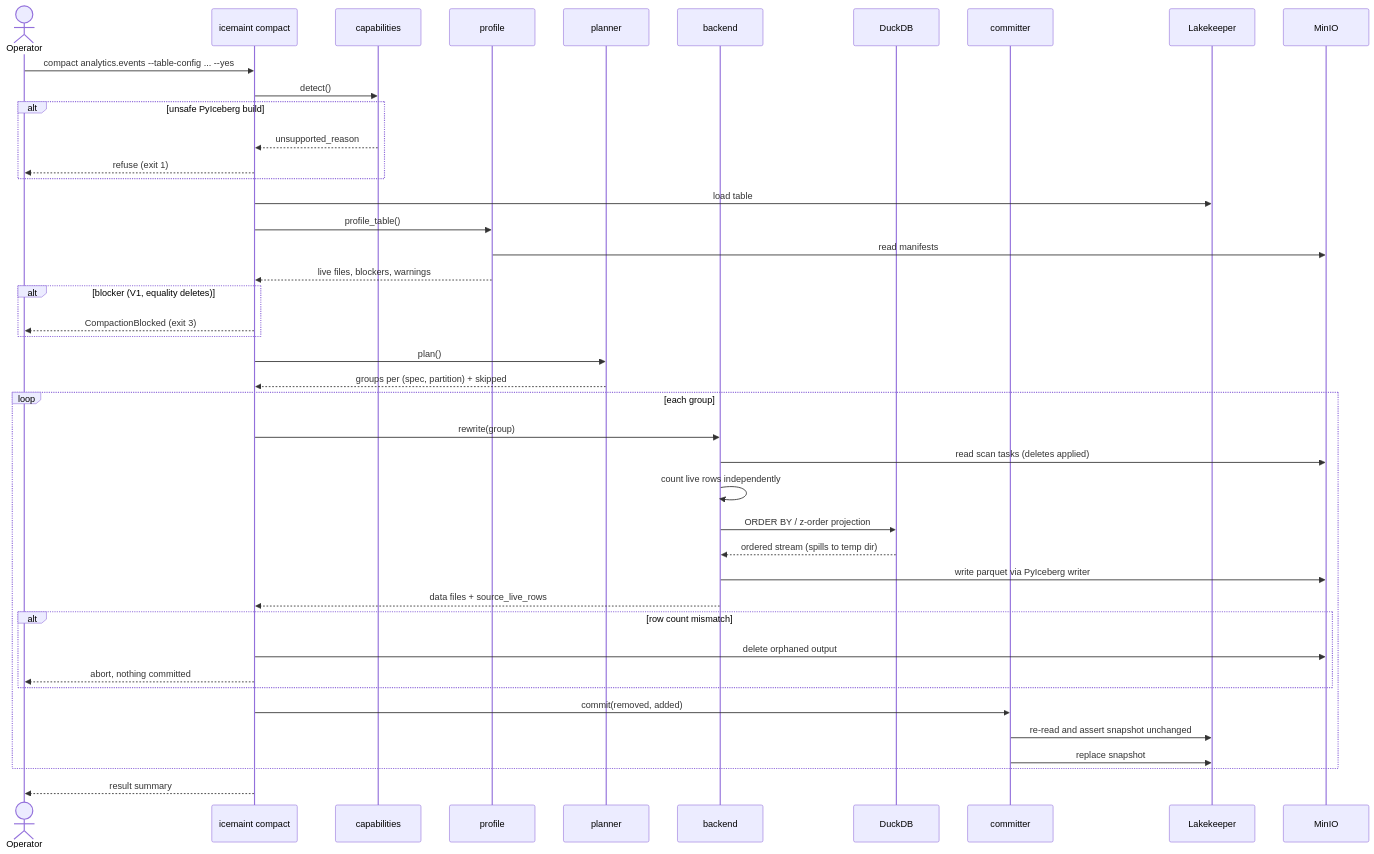
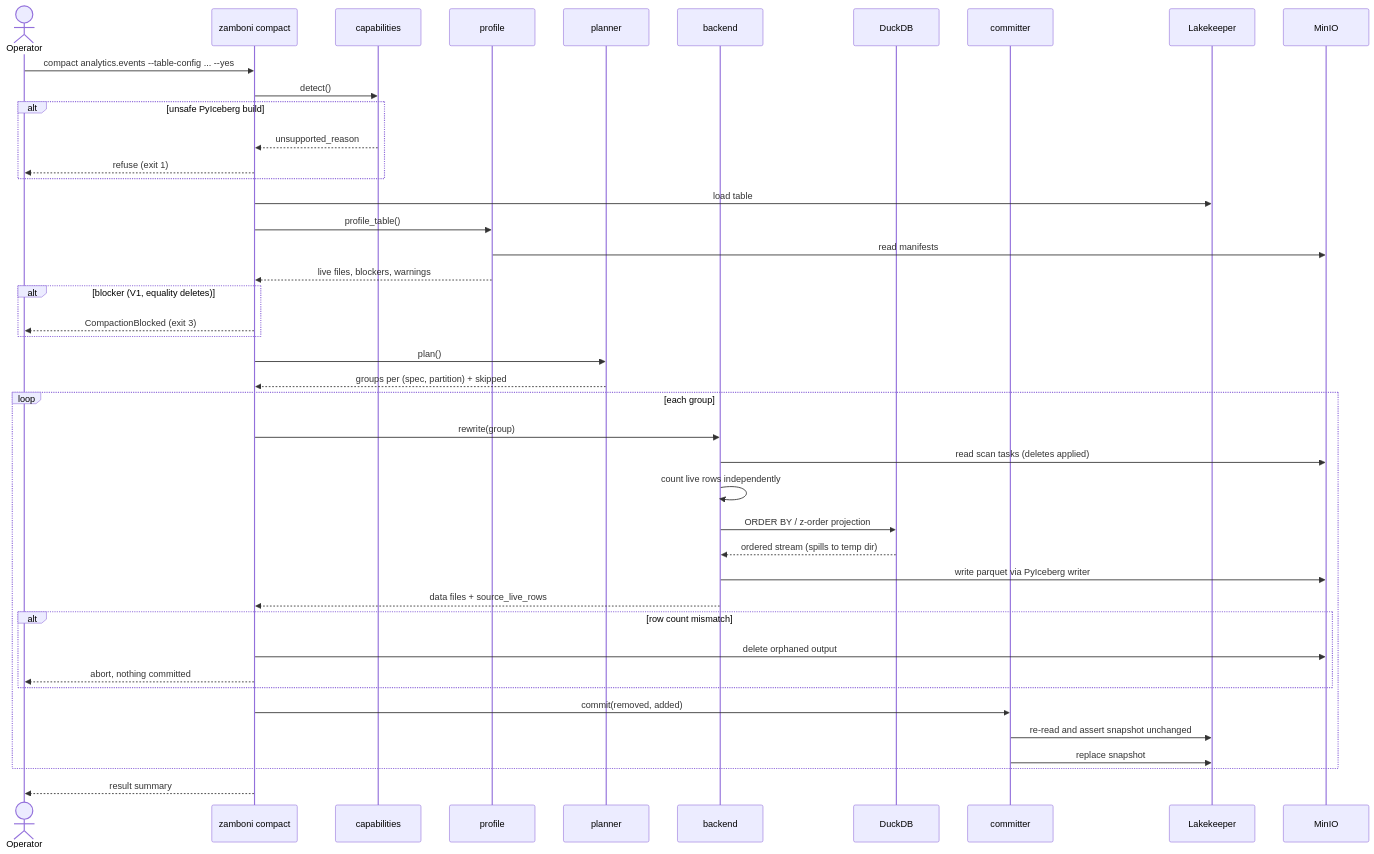
One commit to paulcaron16k/Zamboni changed the fourth of 7 diagrams in docs/design.md. Above: the diagram before and after it, drawn with Mermaid. The commit also changed other lines of this file and 61 other files, not shown here.

First line of the commit message:
Rename the package icemaint -> zamboni

````diff
--- a/docs/design.md
+++ b/docs/design.md
@@ -350,47 +350,47 @@
 ```mermaid
 sequenceDiagram
     actor Op as Operator
-    participant CLI as icemaint compact
+    participant CLI as zamboni compact
     participant CAP as capabilities
     participant PROF as profile
     participant PLAN as planner
     participant BE as backend
     participant DDB as DuckDB
     participant COM as committer
     participant LK as Lakekeeper
     participant S3 as MinIO
 
     Op->>CLI: compact analytics.events --table-config ... --yes
     CLI->>CAP: detect()
     alt unsafe PyIceberg build
         CAP-->>CLI: unsupported_reason
         CLI-->>Op: refuse (exit 1)
     end
     CLI->>LK: load table
     CLI->>PROF: profile_table()
     PROF->>S3: read manifests
     PROF-->>CLI: live files, blockers, warnings
     alt blocker (V1, equality deletes)
         CLI-->>Op: CompactionBlocked (exit 3)
     end
     CLI->>PLAN: plan()
     PLAN-->>CLI: groups per (spec, partition) + skipped
 
     loop each group
         CLI->>BE: rewrite(group)
         BE->>S3: read scan tasks (deletes applied)
         BE->>BE: count live rows independently
         BE->>DDB: ORDER BY / z-order projection
         DDB-->>BE: ordered stream (spills to temp dir)
         BE->>S3: write parquet via PyIceberg writer
         BE-->>CLI: data files + source_live_rows
         alt row count mismatch
             CLI->>S3: delete orphaned output
             CLI-->>Op: abort, nothing committed
         end
         CLI->>COM: commit(removed, added)
         COM->>LK: re-read and assert snapshot unchanged
         COM->>LK: replace snapshot
     end
     CLI-->>Op: result summary
 ```
````
